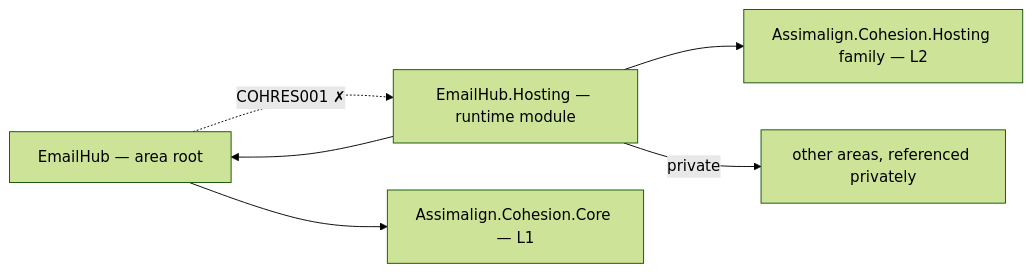
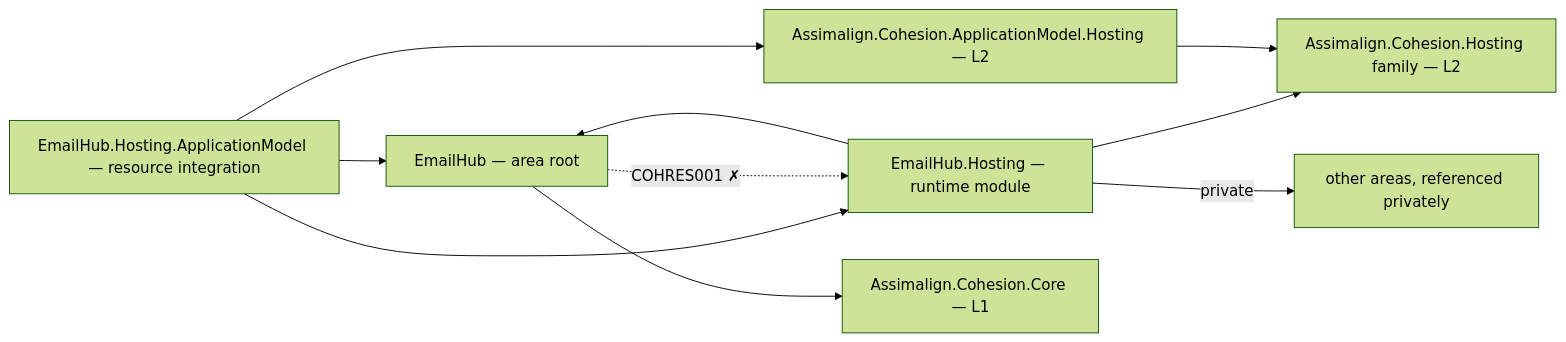
The diagram in resources/EmailHub/README.md (assimalign/cohesion), drawn with Mermaid (forest theme) before and after one commit. The commit also changed other lines of this file and 454 other files, not shown here.

First line of the commit message:
feat(resources): give every resource area a Hosting.ApplicationModel integration

````diff
--- a/resources/EmailHub/README.md
+++ b/resources/EmailHub/README.md
@@ -12,13 +12,19 @@
 ```mermaid
 flowchart LR
     P0["EmailHub — area root"]
     P2["EmailHub.Hosting — runtime module"]
+    P3["EmailHub.Hosting.ApplicationModel — resource integration"]
+    AMH["Assimalign.Cohesion.ApplicationModel.Hosting — L2"]
     CORE["Assimalign.Cohesion.Core — L1"]
     HOSTFAM["Assimalign.Cohesion.Hosting family — L2"]
     PRIV["other areas, referenced privately"]
     P0 --> CORE
     P2 --> P0
     P2 --> HOSTFAM
     P2 -->|"private"| PRIV
+    P3 --> P2
+    P3 --> P0
+    P3 --> AMH
+    AMH --> HOSTFAM
     P0 -.->|"COHRES001 ✗"| P2
 ```
````
